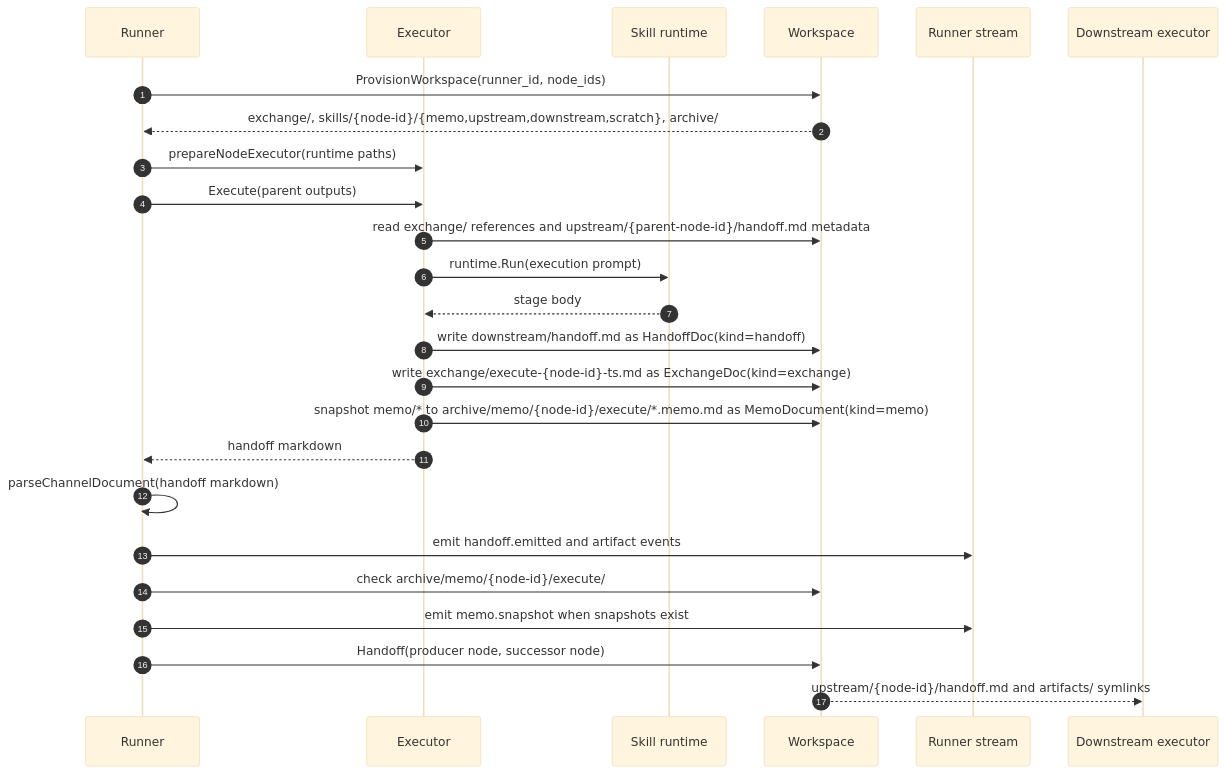
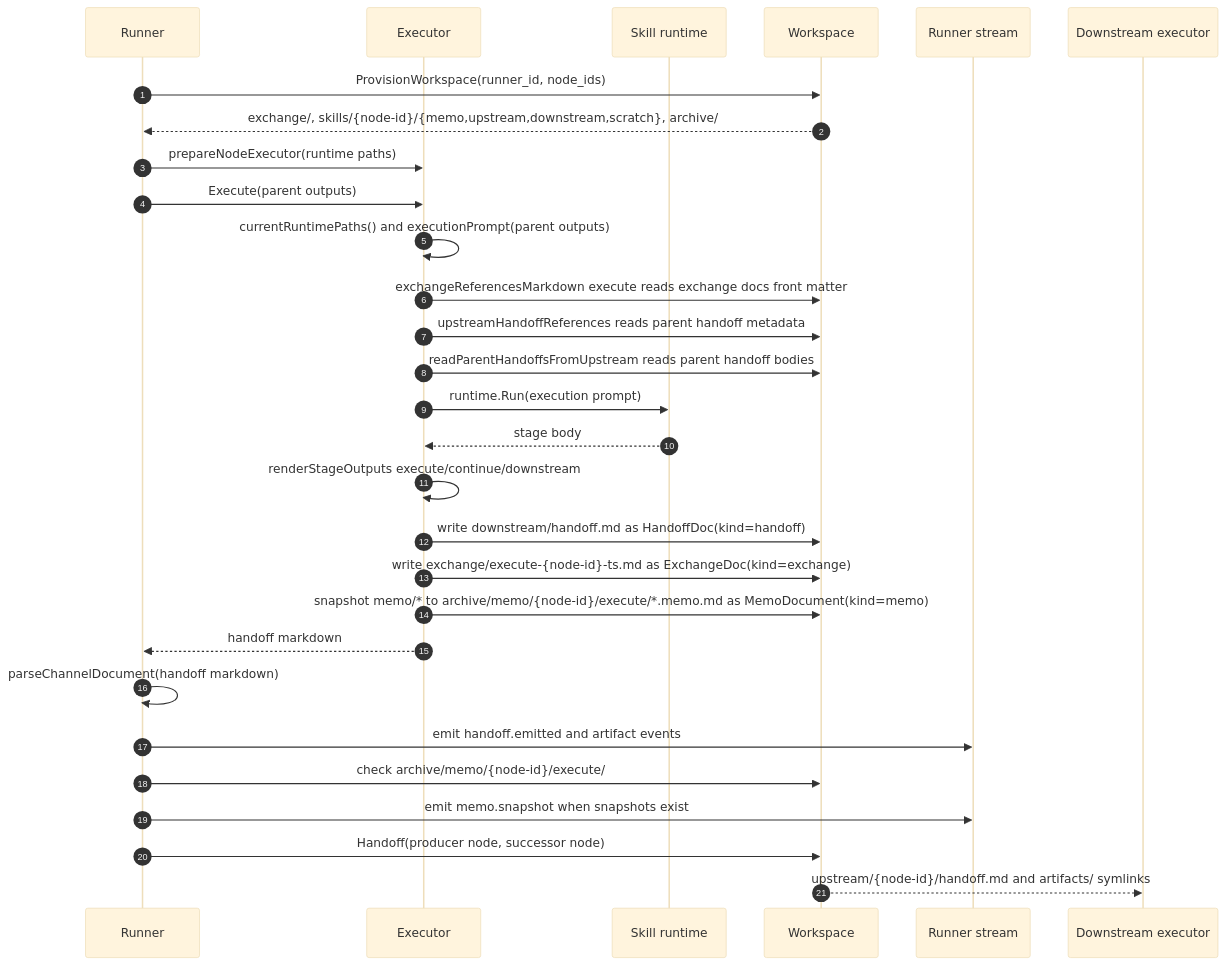
One commit to TsumiNa/dango changed the first of 2 diagrams in architecture/data-plane.md. Above: the diagram before and after it, drawn with Mermaid (base theme). The commit also changed other lines of this file, not shown here.

````diff
--- a/architecture/data-plane.md
+++ b/architecture/data-plane.md
@@ -69,28 +69,32 @@
 ```mermaid
 sequenceDiagram
 autonumber
 participant Ru as Runner
 participant Ex as Executor
 participant Sk as Skill runtime
 participant WS as Workspace
 participant RS as Runner stream
 participant Nx as Downstream executor
 
 Ru->>WS: ProvisionWorkspace(runner_id, node_ids)
 WS-->>Ru: exchange/, skills/{node-id}/{memo,upstream,downstream,scratch}, archive/
 Ru->>Ex: prepareNodeExecutor(runtime paths)
 Ru->>Ex: Execute(parent outputs)
-Ex->>WS: read exchange/ references and upstream/{parent-node-id}/handoff.md metadata
+Ex->>Ex: currentRuntimePaths() and executionPrompt(parent outputs)
+Ex->>WS: exchangeReferencesMarkdown execute reads exchange docs front matter
+Ex->>WS: upstreamHandoffReferences reads parent handoff metadata
+Ex->>WS: readParentHandoffsFromUpstream reads parent handoff bodies
 Ex->>Sk: runtime.Run(execution prompt)
 Sk-->>Ex: stage body
+Ex->>Ex: renderStageOutputs execute/continue/downstream
 Ex->>WS: write downstream/handoff.md as HandoffDoc(kind=handoff)
 Ex->>WS: write exchange/execute-{node-id}-ts.md as ExchangeDoc(kind=exchange)
 Ex->>WS: snapshot memo/* to archive/memo/{node-id}/execute/*.memo.md as MemoDocument(kind=memo)
 Ex-->>Ru: handoff markdown
 Ru->>Ru: parseChannelDocument(handoff markdown)
 Ru->>RS: emit handoff.emitted and artifact events
 Ru->>WS: check archive/memo/{node-id}/execute/
 Ru->>RS: emit memo.snapshot when snapshots exist
 Ru->>WS: Handoff(producer node, successor node)
 WS-->>Nx: upstream/{node-id}/handoff.md and artifacts/ symlinks
 ```
````
